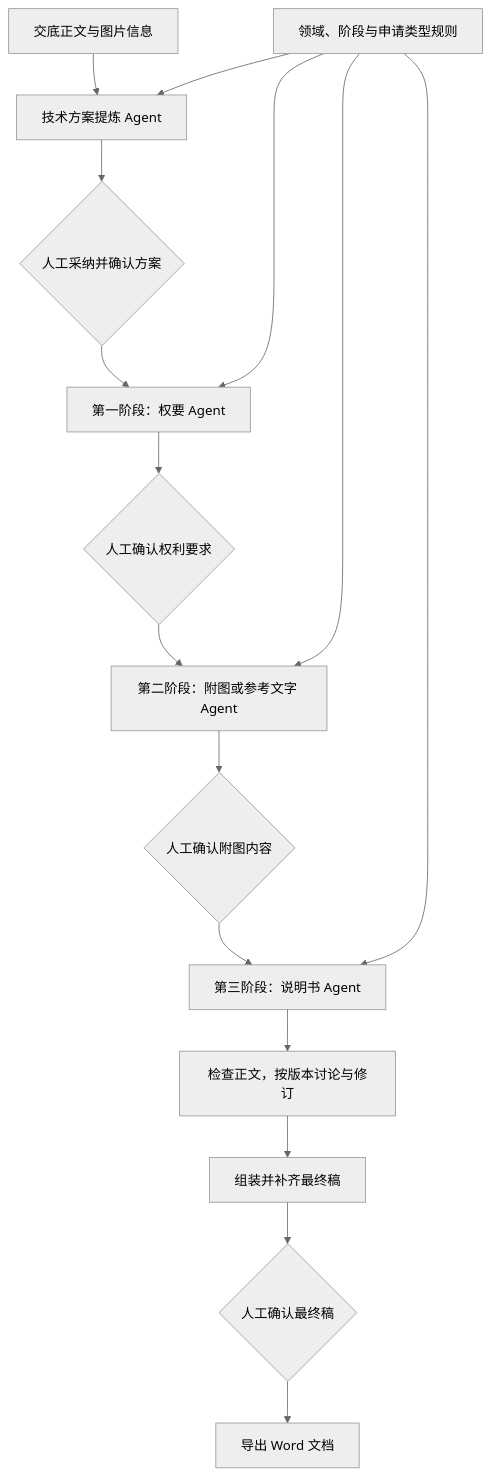
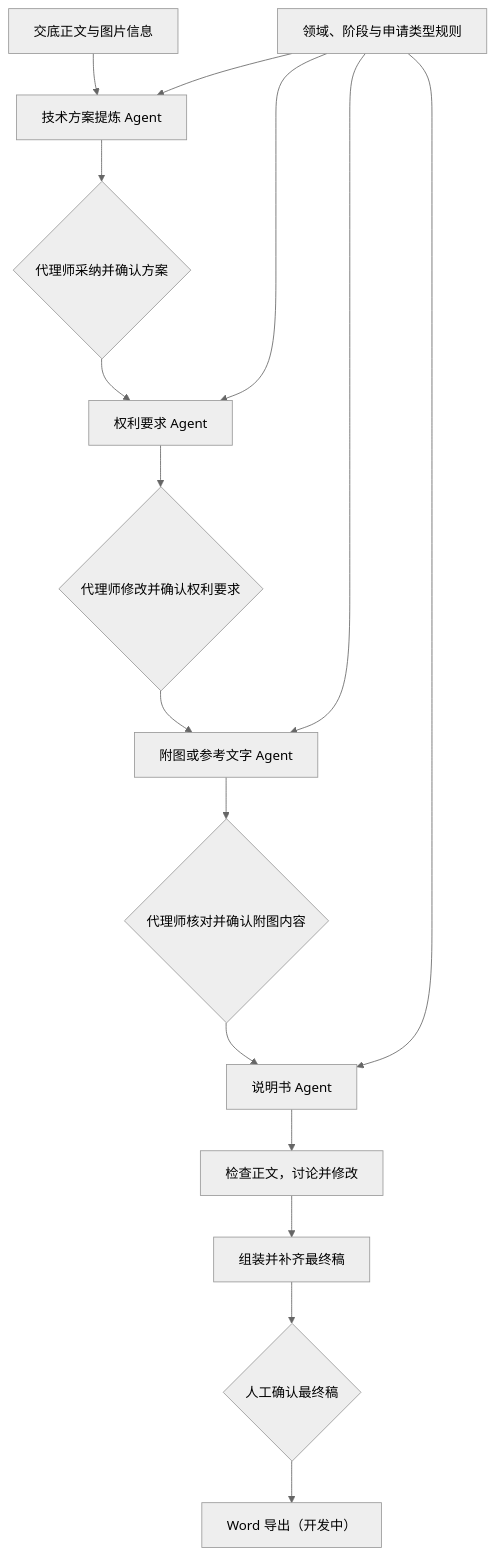
The second of 3 diagrams in docs/TECHNICAL_ARCHITECTURE.md (orphanwarrior/028-ttc-showcase), drawn with Mermaid (neutral theme) before and after one commit. The commit also changed other lines of this file and 7 other files, not shown here.

````diff
--- a/docs/TECHNICAL_ARCHITECTURE.md
+++ b/docs/TECHNICAL_ARCHITECTURE.md
@@ -38,18 +36,18 @@
 ```mermaid
 flowchart TD
   S["交底正文与图片信息"] --> SOL["技术方案提炼 Agent"]
-  SOL --> HS{"人工采纳并确认方案"}
-  HS --> C["第一阶段：权要 Agent"]
-  C --> HC{"人工确认权利要求"}
-  HC --> D["第二阶段：附图或参考文字 Agent"]
-  D --> HD{"人工确认附图内容"}
-  HD --> E["第三阶段：说明书 Agent"]
-  E --> P["检查正文，按版本讨论与修订"]
+  SOL --> HS{"代理师采纳并确认方案"}
+  HS --> C["权利要求 Agent"]
+  C --> HC{"代理师修改并确认权利要求"}
+  HC --> D["附图或参考文字 Agent"]
+  D --> HD{"代理师核对并确认附图内容"}
+  HD --> E["说明书 Agent"]
+  E --> P["检查正文，讨论并修改"]
   P --> F["组装并补齐最终稿"]
   F --> HF{"人工确认最终稿"}
-  HF --> X["导出 Word 文档"]
+  HF --> X["Word 导出（开发中）"]
   R["领域、阶段与申请类型规则"] --> SOL
   R --> C
   R --> D
   R --> E
 ```
````
